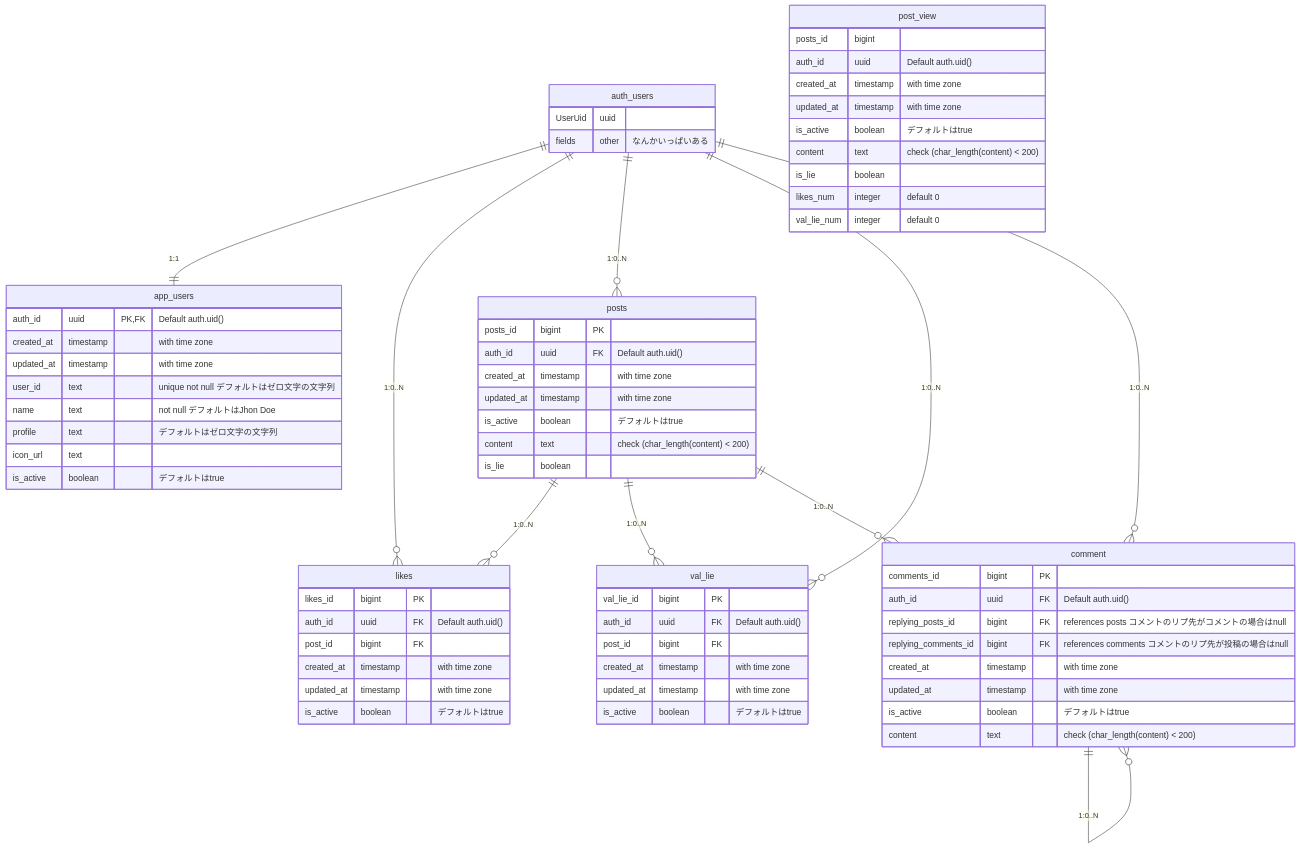
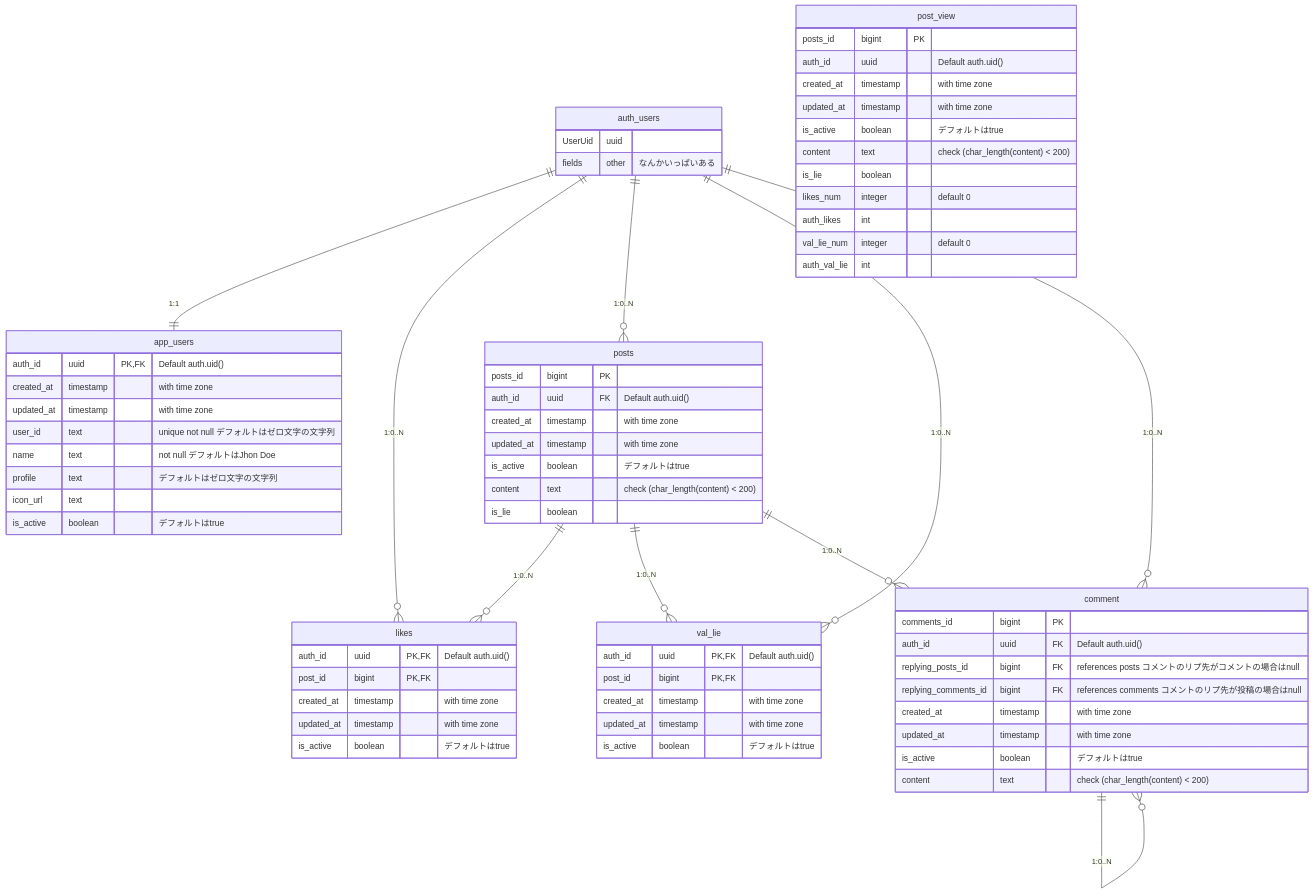
One commit to calloc134/HACKU-2023-codespaces changed the first of 2 diagrams in db.md. Above: the diagram before and after it, drawn with Mermaid. The commit also changed 7 other files, not shown here.

````diff
--- a/db.md
+++ b/db.md
@@ -55,18 +55,16 @@
     }
 
     likes {
-      likes_id bigint PK
-      auth_id uuid FK "Default auth.uid()"
-      post_id bigint FK
+      auth_id uuid PK, FK "Default auth.uid()"
+      post_id bigint PK, FK
       created_at timestamp "with time zone"
       updated_at timestamp "with time zone"
       is_active boolean "デフォルトはtrue"
     }
 
     val_lie {
-      val_lie_id bigint PK
-      auth_id uuid FK "Default auth.uid()"
-      post_id bigint FK
+      auth_id uuid PK, FK "Default auth.uid()"
+      post_id bigint PK, FK
       created_at timestamp "with time zone"
       updated_at timestamp "with time zone"
       is_active boolean "デフォルトはtrue"
@@ -74,7 +72,7 @@
     
 
     post_view {
-      posts_id bigint
+      posts_id bigint PK
       auth_id uuid  "Default auth.uid()"
       created_at timestamp "with time zone"
       updated_at timestamp "with time zone"
@@ -82,7 +80,9 @@
       content text "check (char_length(content) < 200)"
       is_lie boolean
       likes_num integer "default 0"
+      auth_likes int
       val_lie_num integer "default 0"
+      auth_val_lie int
     }
 
 ```
````
